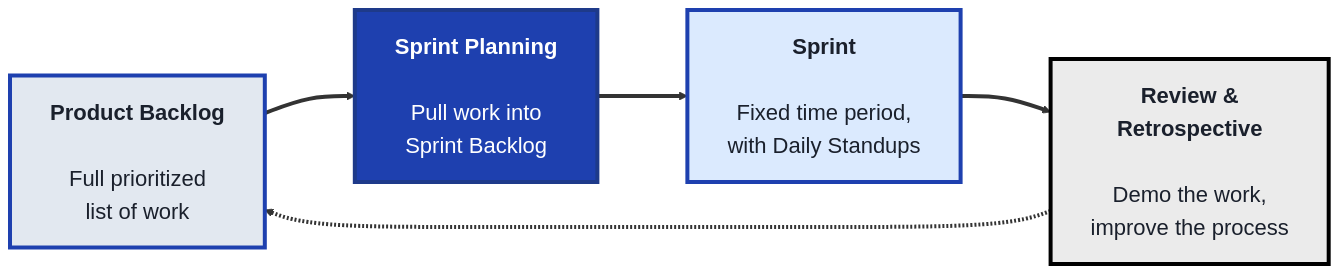
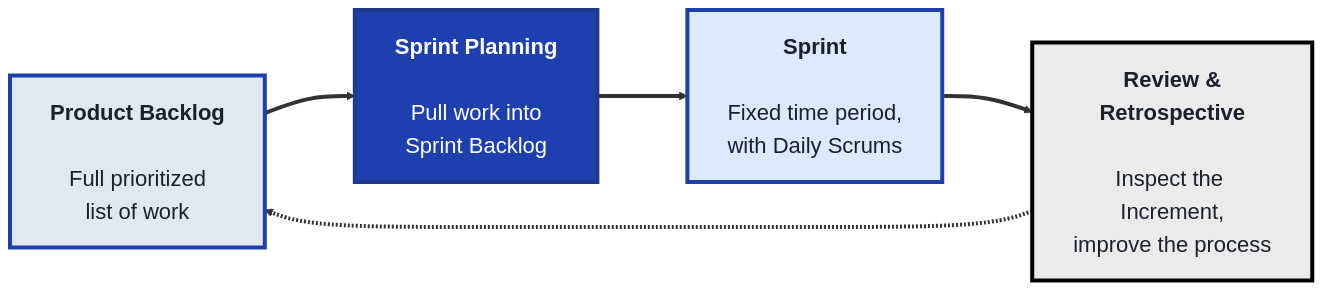
The first of 3 diagrams in src/Pages/courses/TechPO/agile-module.md (SHEMODELTECH/shemodeltech), drawn with Mermaid before and after one commit. The commit also changed other lines of this file and 30 other files, not shown here.

````diff
--- a/src/Pages/courses/TechPO/agile-module.md
+++ b/src/Pages/courses/TechPO/agile-module.md
@@ -21,17 +24,17 @@
 ```mermaid
 %%{init: {'theme':'base', 'themeVariables': {'fontSize':'22px', 'primaryTextColor':'#1a202c', 'primaryBorderColor':'#1e40af', 'lineColor':'#333333'}, 'flowchart': {'nodeSpacing': 70, 'rankSpacing': 90, 'padding': 20}}}%%
 flowchart LR
     PB["<b>Product Backlog</b><br/><br/>Full prioritized<br/>list of work"]
     SP["<b>Sprint Planning</b><br/><br/>Pull work into<br/>Sprint Backlog"]
-    S["<b>Sprint</b><br/><br/>Fixed time period,<br/>with Daily Standups"]
-    R["<b>Review &<br/>Retrospective</b><br/><br/>Demo the work,<br/>improve the process"]
+    S["<b>Sprint</b><br/><br/>Fixed time period,<br/>with Daily Scrums"]
+    R["<b>Review &<br/>Retrospective</b><br/><br/>Inspect the Increment,<br/>improve the process"]
 
     PB ==> SP ==> S ==> R
     R -.-> PB
 
     style PB fill:#e2e8f0,color:#1a202c,stroke:#1e40af,stroke-width:4px
     style SP fill:#1e40af,color:#fff,stroke:#1e3a8a,stroke-width:4px
     style S fill:#dbeafe,color:#1a202c,stroke:#1e40af,stroke-width:4px
     style R fill:#EBEBEB,color:#1a202c,stroke:#000000,stroke-width:4px
     linkStyle default stroke-width:4px,stroke:#333333
 ```
````
